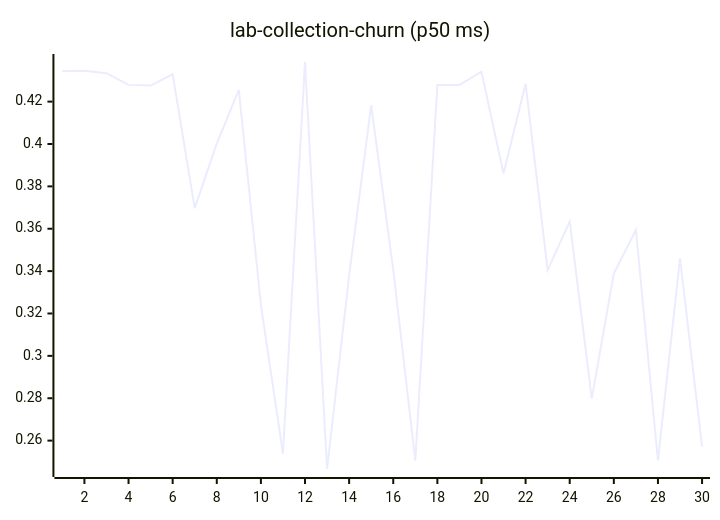
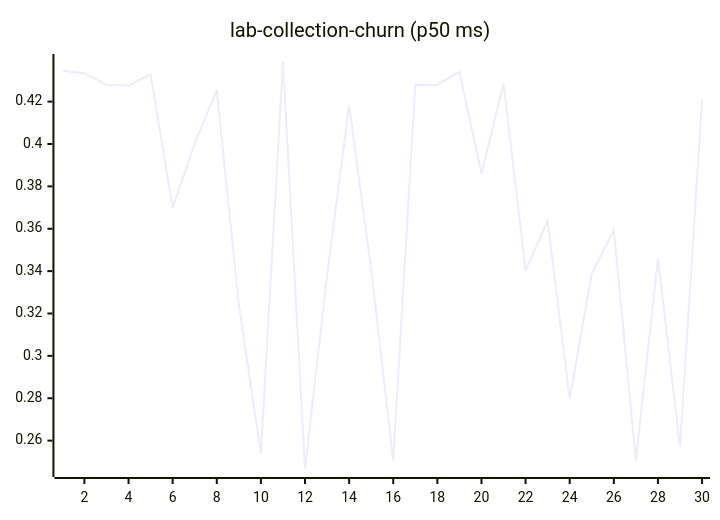
One commit to josha/Facet changed diagram 11 of 27 in README.md. Above: the diagram before and after it, drawn with Mermaid. The commit also changed other lines of this file and 2 other files, not shown here.

````diff
--- a/README.md
+++ b/README.md
@@ -133,6 +133,6 @@
 ```mermaid
 xychart-beta
     title "lab-collection-churn (p50 ms)"
     x-axis 1 --> 30
-    line [0.4345, 0.4346, 0.4334, 0.4279, 0.4276, 0.4329, 0.3697, 0.4002, 0.4255, 0.3242, 0.2538, 0.4387, 0.2466, 0.3379, 0.4183, 0.3407, 0.2505, 0.4278, 0.4279, 0.4341, 0.3861, 0.4284, 0.3405, 0.3635, 0.2798, 0.3389, 0.3594, 0.2506, 0.3460, 0.2571]
+    line [0.4346, 0.4334, 0.4279, 0.4276, 0.4329, 0.3697, 0.4002, 0.4255, 0.3242, 0.2538, 0.4387, 0.2466, 0.3379, 0.4183, 0.3407, 0.2505, 0.4278, 0.4279, 0.4341, 0.3861, 0.4284, 0.3405, 0.3635, 0.2798, 0.3389, 0.3594, 0.2506, 0.3460, 0.2571, 0.4213]
 ```
````
